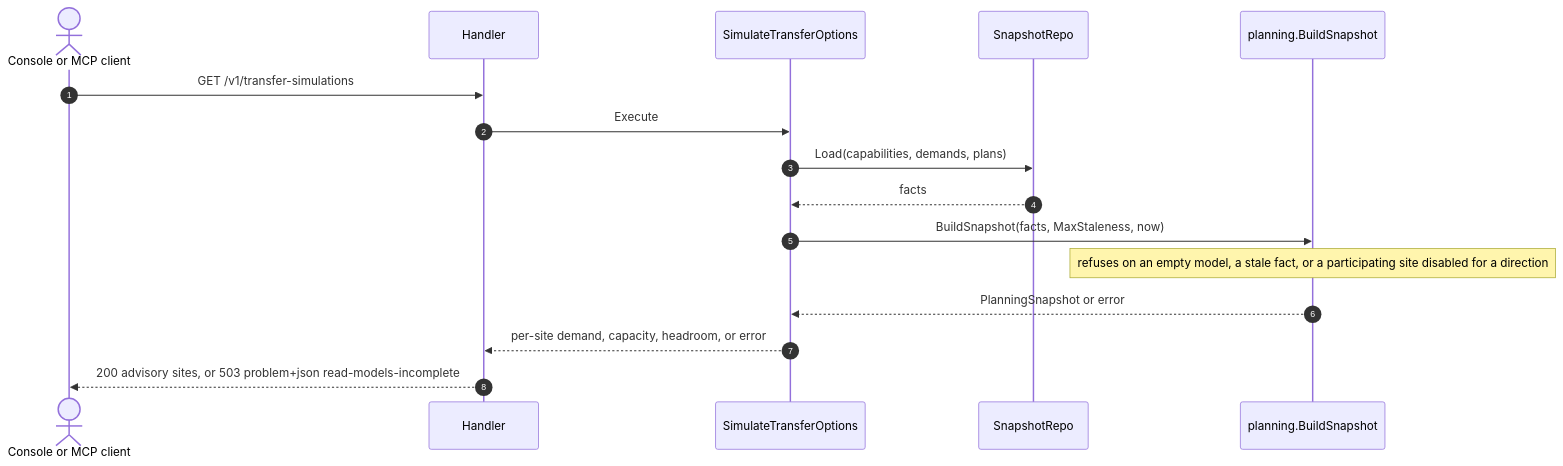
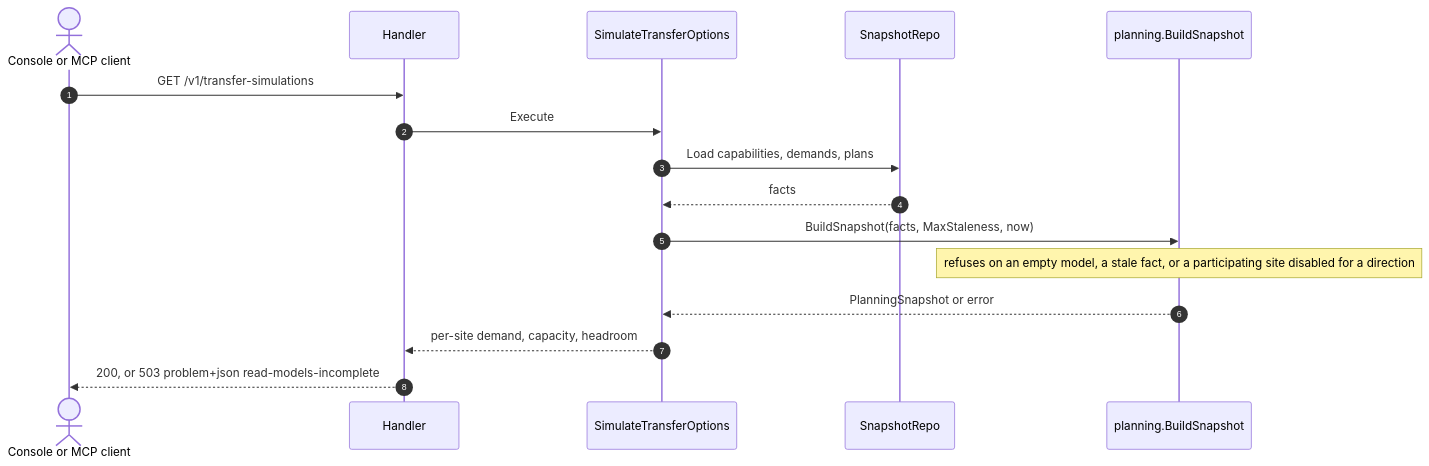
The second of 8 diagrams in docs/contexts/network-inventory-planning/sequence-diagrams.md (IQVO/warehouse-docs), drawn with Mermaid before and after one commit. The commit also changed other lines of this file and 115 other files, not shown here.

````diff
--- a/docs/contexts/network-inventory-planning/sequence-diagrams.md
+++ b/docs/contexts/network-inventory-planning/sequence-diagrams.md
@@ -47,18 +48,18 @@
 ```mermaid
 sequenceDiagram
   autonumber
   actor Client as Console or MCP client
   participant H as Handler
   participant S as SimulateTransferOptions
   participant R as SnapshotRepo
   participant D as planning.BuildSnapshot
   Client->>H: GET /v1/transfer-simulations
   H->>S: Execute
-  S->>R: Load(capabilities, demands, plans)
+  S->>R: Load capabilities, demands, plans
   R-->>S: facts
   S->>D: BuildSnapshot(facts, MaxStaleness, now)
   Note over D: refuses on an empty model, a stale fact, or a participating site disabled for a direction
   D-->>S: PlanningSnapshot or error
-  S-->>H: per-site demand, capacity, headroom, or error
-  H-->>Client: 200 advisory sites, or 503 problem+json read-models-incomplete
+  S-->>H: per-site demand, capacity, headroom
+  H-->>Client: 200, or 503 problem+json read-models-incomplete
 ```
````
